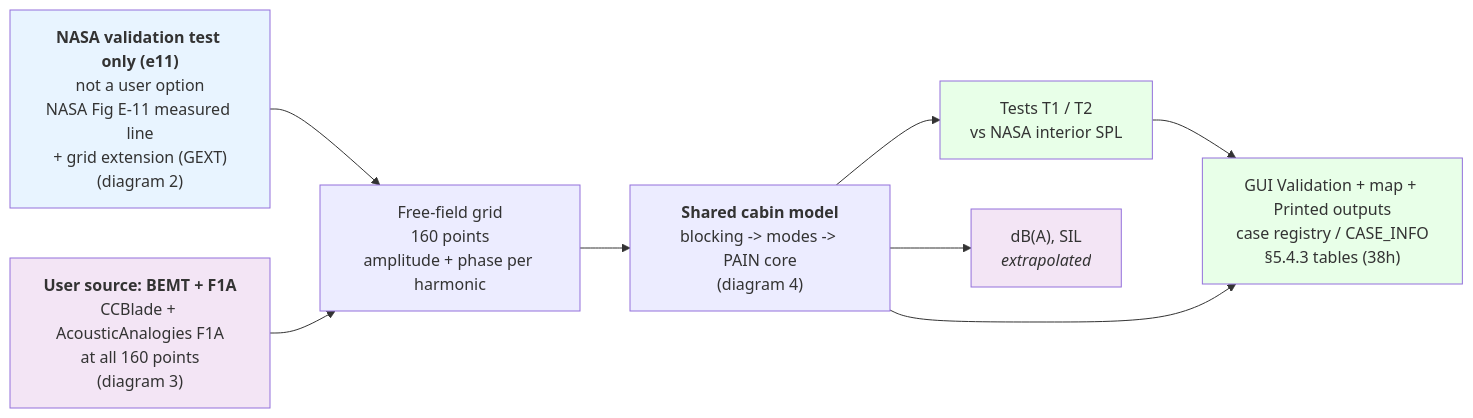
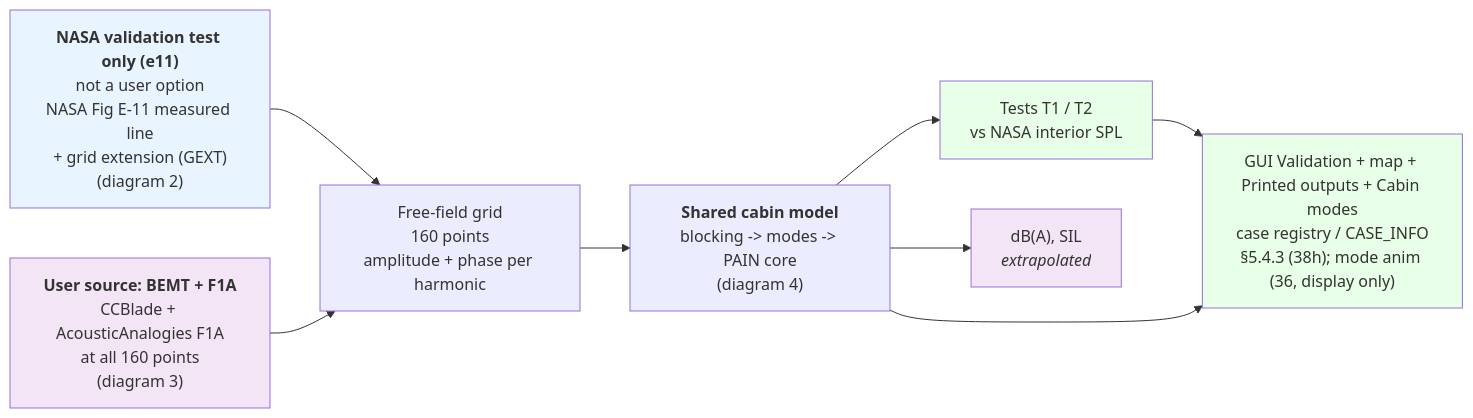
Before and after one commit to hoangf1/PAIN: the first of 6 diagrams in rea-work/docs/flowchart.md, drawn with Mermaid. The commit also changed other lines of this file and 13 other files, not shown here.

Commit message:
Phase 36: cabin mode animation (frame generator, Cabin modes GUI tab, Table D-1 shape view); display only

````diff
--- a/rea-work/docs/flowchart.md
+++ b/rea-work/docs/flowchart.md
@@ -27,24 +27,24 @@
 ```mermaid
 flowchart LR
     V["<b>NASA validation test only (e11)</b><br/>not a user option<br/>NASA Fig E-11 measured line<br/>+ grid extension (GEXT)<br/>(diagram 2)"]
     A["<b>User source: BEMT + F1A</b><br/>CCBlade + AcousticAnalogies F1A<br/>at all 160 points<br/>(diagram 3)"]
     G["Free-field grid<br/>160 points<br/>amplitude + phase per harmonic"]
     S["<b>Shared cabin model</b><br/>blocking -> modes -> PAIN core<br/>(diagram 4)"]
     T["Tests T1 / T2<br/>vs NASA interior SPL"]
     M["dB(A), SIL<br/><i>extrapolated</i>"]
-    GUI["GUI Validation + map + Printed outputs<br/>case registry / CASE_INFO<br/>§5.4.3 tables (38h)"]
+    GUI["GUI Validation + map + Printed outputs + Cabin modes<br/>case registry / CASE_INFO<br/>§5.4.3 (38h); mode anim (36, display only)"]
 
     V --> G
     A --> G
     G --> S
     S --> T
     S --> M
     T --> GUI
     S --> GUI
 
     style V fill:#e8f4ff
     style A fill:#f3e5f5
     style T fill:#e8ffe8
     style M fill:#f3e5f5
     style GUI fill:#e8ffe8
 ```
````
